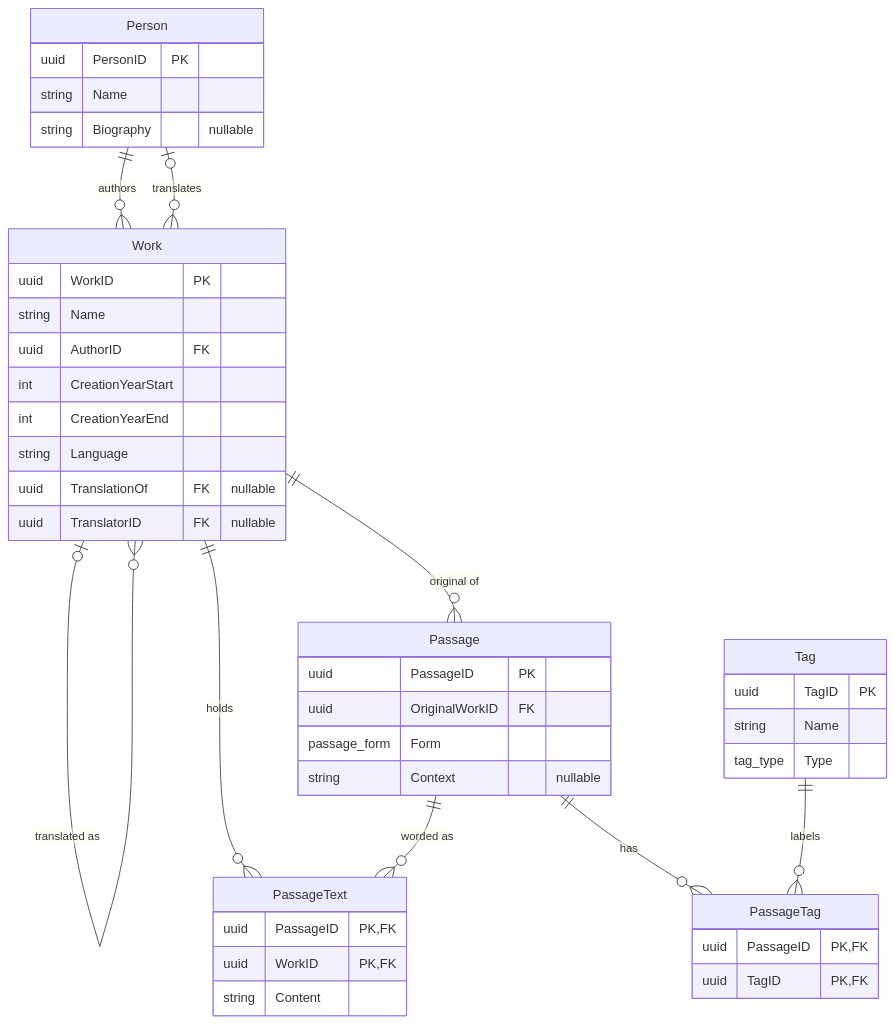
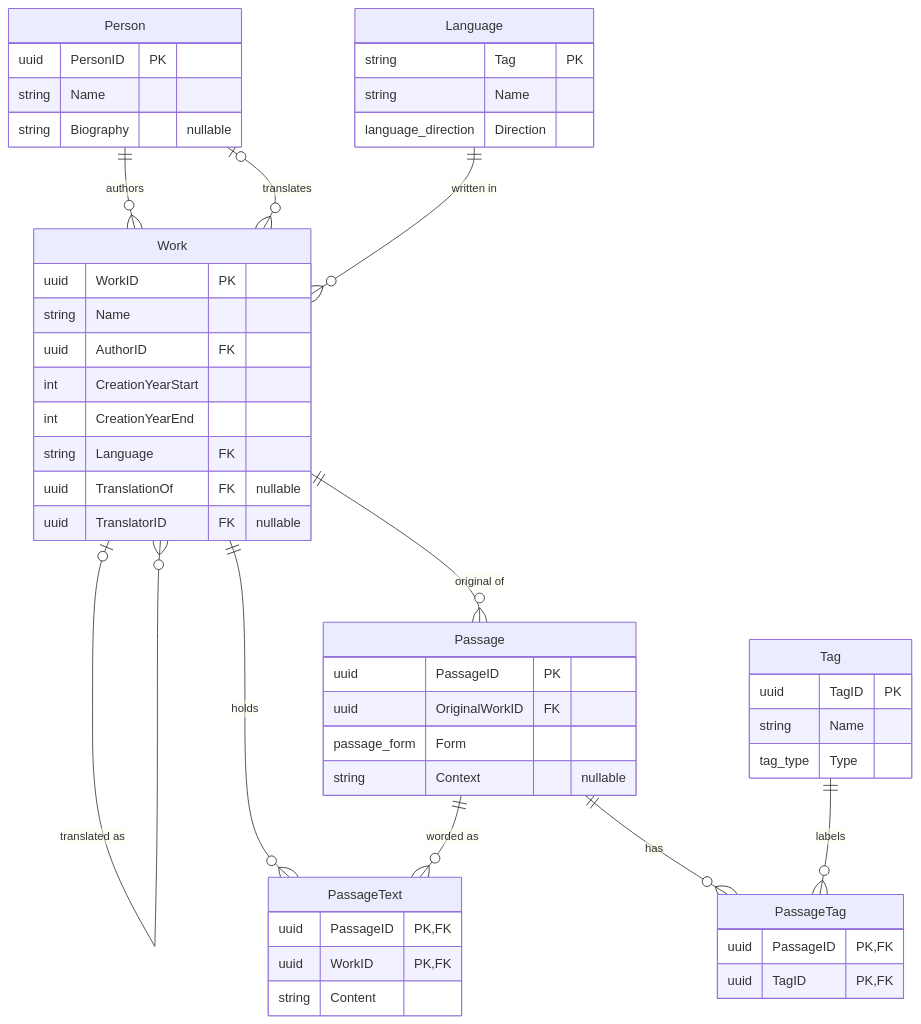
The diagram in docs/02-data-model.md (LucIlin/rites), drawn with Mermaid before and after one commit. The commit also changed other lines of this file and 5 other files, not shown here.

````diff
--- a/docs/02-data-model.md
+++ b/docs/02-data-model.md
@@ -22,47 +24,53 @@
 ```mermaid
 erDiagram
     Person ||--o{ Work : "authors"
     Person |o--o{ Work : "translates"
+    Language ||--o{ Work : "written in"
     Work |o--o{ Work : "translated as"
     Work ||--o{ Passage : "original of"
     Work ||--o{ PassageText : "holds"
     Passage ||--o{ PassageText : "worded as"
     Passage ||--o{ PassageTag : has
     Tag ||--o{ PassageTag : labels
 
     Person {
         uuid PersonID PK
         string Name
         string Biography "nullable"
     }
+    Language {
+        string Tag PK
+        string Name
+        language_direction Direction
+    }
     Work {
         uuid WorkID PK
         string Name
         uuid AuthorID FK
         int CreationYearStart
         int CreationYearEnd
-        string Language
+        string Language FK
         uuid TranslationOf FK "nullable"
         uuid TranslatorID FK "nullable"
     }
     Passage {
         uuid PassageID PK
         uuid OriginalWorkID FK
         passage_form Form
         string Context "nullable"
     }
     PassageText {
         uuid PassageID PK, FK
         uuid WorkID PK, FK
         string Content
     }
     Tag {
         uuid TagID PK
         string Name
         tag_type Type
     }
     PassageTag {
         uuid PassageID PK, FK
         uuid TagID PK, FK
     }
 ```
````
